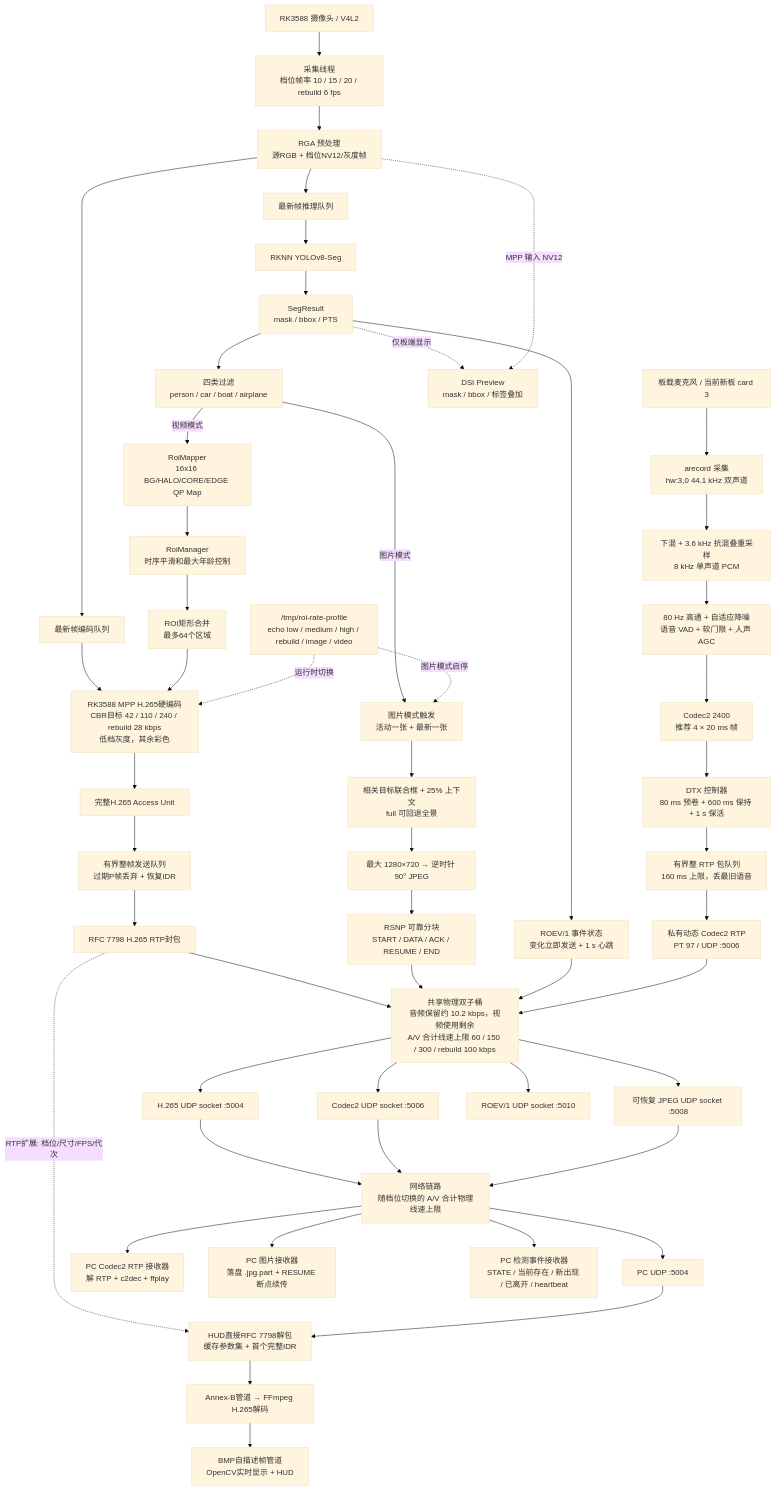
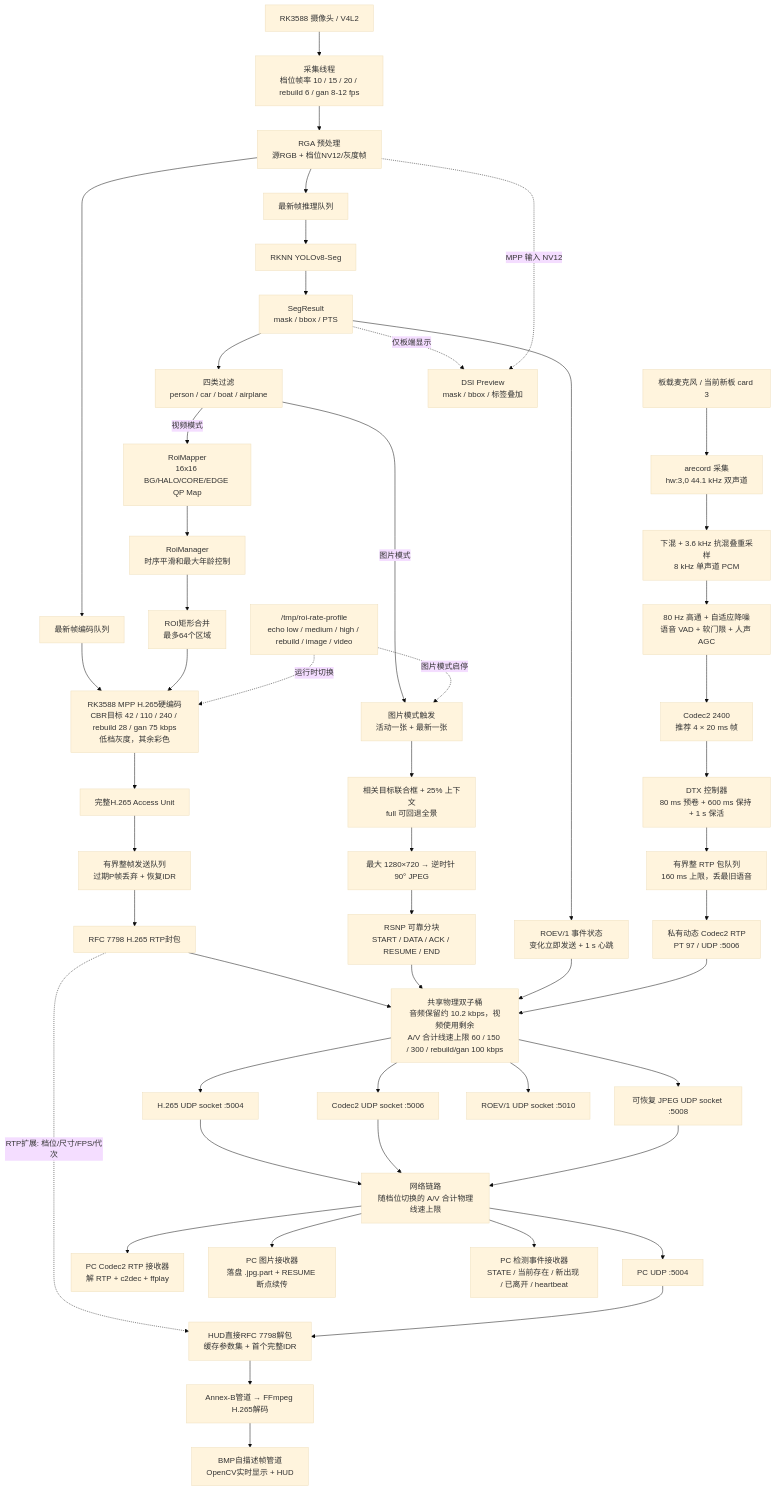
The second of 2 diagrams in README.md (caisense/VideoCompressV2), drawn with Mermaid (base theme) before and after one commit. The commit also changed other lines of this file and 15 other files, not shown here.

````diff
--- a/README.md
+++ b/README.md
@@ -334,56 +457,56 @@
 ```mermaid
 flowchart TD
-    CAM["RK3588 摄像头 / V4L2"] --> CAP["采集线程\n档位帧率 10 / 15 / 20 / rebuild 6 fps"]
+    CAM["RK3588 摄像头 / V4L2"] --> CAP["采集线程\n档位帧率 10 / 15 / 20 / rebuild 6 / gan 8-12 fps"]
     CAP --> RGA["RGA 预处理\n源RGB + 档位NV12/灰度帧"]
 
     RGA --> IQ["最新帧推理队列"]
     IQ --> NPU["RKNN YOLOv8-Seg"]
     NPU --> SEG["SegResult\nmask / bbox / PTS"]
     SEG --> FILTER["四类过滤\nperson / car / boat / airplane"]
     SEG --> EVENT["ROEV/1 事件状态\n变化立即发送 + 1 s 心跳"]
     FILTER -->|视频模式| MAP["RoiMapper\n16x16 BG/HALO/CORE/EDGE QP Map"]
     MAP --> TEMP["RoiManager\n时序平滑和最大年龄控制"]
     TEMP --> MERGE["ROI矩形合并\n最多64个区域"]
 
     RGA --> EQ["最新帧编码队列"]
-    EQ --> MPP["RK3588 MPP H.265硬编码\nCBR目标 42 / 110 / 240 / rebuild 28 kbps\n低档灰度，其余彩色"]
+    EQ --> MPP["RK3588 MPP H.265硬编码\nCBR目标 42 / 110 / 240 / rebuild 28 / gan 75 kbps\n低档灰度，其余彩色"]
     MERGE --> MPP
     MPP --> AU["完整H.265 Access Unit"]
     AU --> SENDQ["有界整帧发送队列\n过期P帧丢弃 + 恢复IDR"]
     SENDQ --> RTP["RFC 7798 H.265 RTP封包"]
     FILTER -->|图片模式| SNAPQ["图片模式触发\n活动一张 + 最新一张"]
     SNAPQ --> CROP["相关目标联合框 + 25% 上下文\nfull 可回退全景"]
     CROP --> JPEG["最大 1280×720 → 逆时针 90° JPEG"]
     JPEG --> SREL["RSNP 可靠分块\nSTART / DATA / ACK / RESUME / END"]
-    RTP --> PACER["共享物理双子桶\n音频保留约 10.2 kbps，视频使用剩余\nA/V 合计线速上限 60 / 150 / 300 / rebuild 100 kbps"]
+    RTP --> PACER["共享物理双子桶\n音频保留约 10.2 kbps，视频使用剩余\nA/V 合计线速上限 60 / 150 / 300 / rebuild/gan 100 kbps"]
     SREL --> PACER
     EVENT --> PACER
     MIC["板载麦克风 / 当前新板 card 3"] --> ARECORD["arecord 采集\nhw:3,0 44.1 kHz 双声道"]
     ARECORD --> PCM["下混 + 3.6 kHz 抗混叠重采样\n8 kHz 单声道 PCM"]
     PCM --> ADSP["80 Hz 高通 + 自适应降噪\n语音 VAD + 软门限 + 人声 AGC"]
     ADSP --> C2["Codec2 2400\n推荐 4 × 20 ms 帧"]
     C2 --> DTX["DTX 控制器\n80 ms 预卷 + 600 ms 保持 + 1 s 保活"]
     DTX --> AQ["有界整 RTP 包队列\n160 ms 上限，丢最旧语音"]
     AQ --> ARTP["私有动态 Codec2 RTP\nPT 97 / UDP :5006"]
     ARTP --> PACER
     CTRL["/tmp/roi-rate-profile\necho low / medium / high / rebuild / image / video"] -. "运行时切换" .-> MPP
     CTRL -. "图片模式启停" .-> SNAPQ
     RTP -. "RTP扩展: 档位/尺寸/FPS/代次" .-> PROXY
     PACER --> UDP["H.265 UDP socket :5004"]
     PACER --> AUDP["Codec2 UDP socket :5006"]
     PACER --> SUDP["可恢复 JPEG UDP socket :5008"]
     PACER --> EUDP["ROEV/1 UDP socket :5010"]
     UDP --> NET["网络链路\n随档位切换的 A/V 合计物理线速上限"]
     AUDP --> NET
     SUDP --> NET
     NET --> PCRX["PC UDP :5004"]
     PCRX --> PROXY["HUD直接RFC 7798解包\n缓存参数集 + 首个完整IDR"]
     PROXY --> DEC["Annex-B管道 → FFmpeg H.265解码"]
     DEC --> HUD["BMP自描述帧管道\nOpenCV实时显示 + HUD"]
     NET --> ARX["PC Codec2 RTP 接收器\n解 RTP + c2dec + ffplay"]
     NET --> SRX["PC 图片接收器\n落盘 .jpg.part + RESUME 断点续传"]
     NET --> ERX["PC 检测事件接收器\nSTATE / 当前存在 / 新出现 / 已离开 / heartbeat"]
 
     SEG -. "仅板端显示" .-> PREVIEW["DSI Preview\nmask / bbox / 标签叠加"]
     RGA -. "MPP 输入 NV12" .-> PREVIEW
 ```
````
